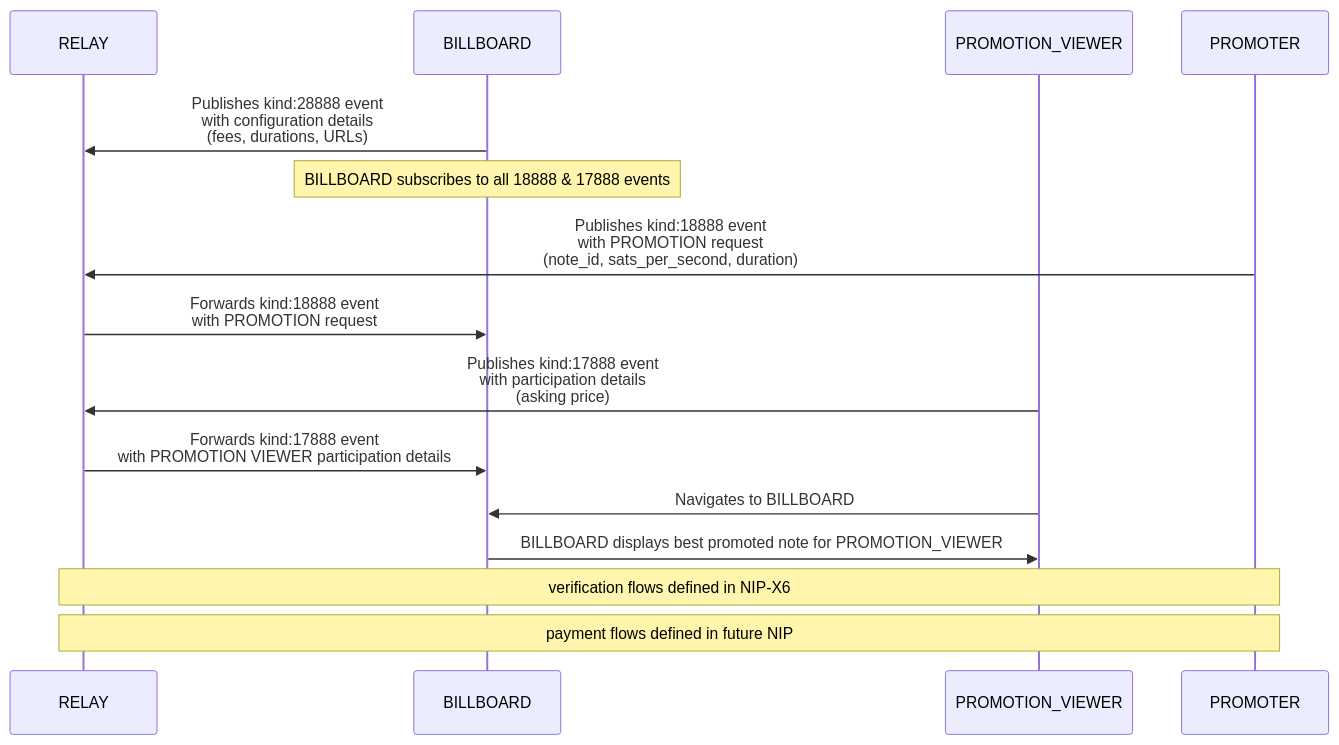
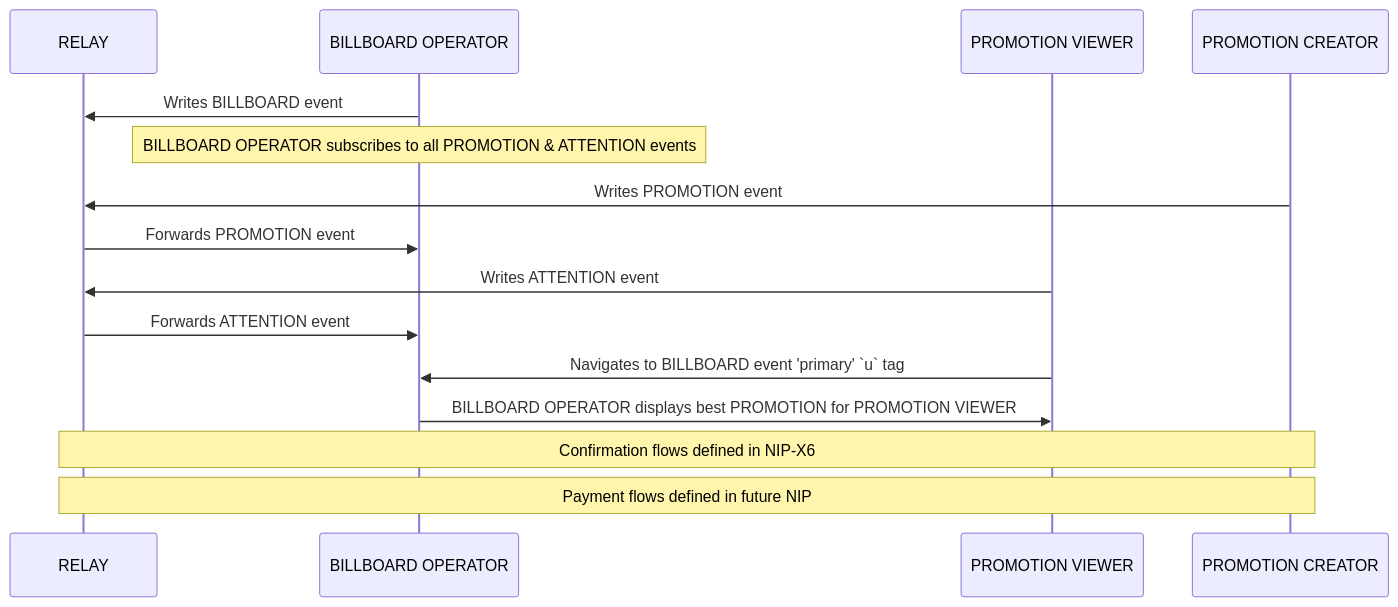
Before and after one commit to joinnextblock/attn-protocol: the diagram in NIP-X1.md, drawn with Mermaid. The commit also changed other lines of this file and 12 other files, not shown here.

````diff
--- a/NIP-X1.md
+++ b/NIP-X1.md
@@ -153,18 +137,18 @@
 ```mermaid
 sequenceDiagram
     participant RELAY
-    participant BILLBOARD
-    participant PROMOTION_VIEWER
-    participant PROMOTER
+    participant BILLBOARD OPERATOR
+    participant PROMOTION VIEWER
+    participant PROMOTION CREATOR
 
-    BILLBOARD->>RELAY: Publishes kind:28888 event<br/>with configuration details<br/>(fees, durations, URLs)
-    Note over BILLBOARD: BILLBOARD subscribes to all 18888 & 17888 events
-    PROMOTER->>RELAY: Publishes kind:18888 event<br/>with PROMOTION request<br/>(note_id, sats_per_second, duration)
-    RELAY->>BILLBOARD: Forwards kind:18888 event<br/>with PROMOTION request
-    PROMOTION_VIEWER->>RELAY: Publishes kind:17888 event<br/>with participation details<br/>(asking price)
-    RELAY->>BILLBOARD: Forwards kind:17888 event<br/>with PROMOTION VIEWER participation details
-    PROMOTION_VIEWER->>BILLBOARD: Navigates to BILLBOARD
-    BILLBOARD->>PROMOTION_VIEWER: BILLBOARD displays best promoted note for PROMOTION_VIEWER
-    Note over RELAY,PROMOTER: verification flows defined in NIP-X6
-    Note over RELAY,PROMOTER: payment flows defined in future NIP
+    BILLBOARD OPERATOR->>RELAY: Writes BILLBOARD event 
+    Note over BILLBOARD OPERATOR: BILLBOARD OPERATOR subscribes to all PROMOTION & ATTENTION events
+    PROMOTION CREATOR->>RELAY: Writes PROMOTION event
+    RELAY->>BILLBOARD OPERATOR: Forwards PROMOTION event
+    PROMOTION VIEWER->>RELAY: Writes ATTENTION event
+    RELAY->>BILLBOARD OPERATOR: Forwards ATTENTION event
+    PROMOTION VIEWER->>BILLBOARD OPERATOR: Navigates to BILLBOARD event 'primary' `u` tag
+    BILLBOARD OPERATOR->>PROMOTION VIEWER: BILLBOARD OPERATOR displays best PROMOTION for PROMOTION VIEWER
+    Note over RELAY,PROMOTION CREATOR: Confirmation flows defined in NIP-X6
+    Note over RELAY,PROMOTION CREATOR: Payment flows defined in future NIP
 ```
````
